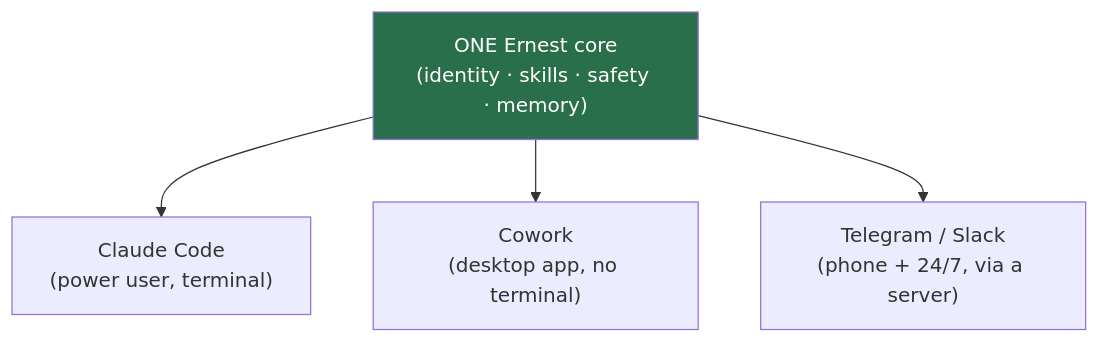
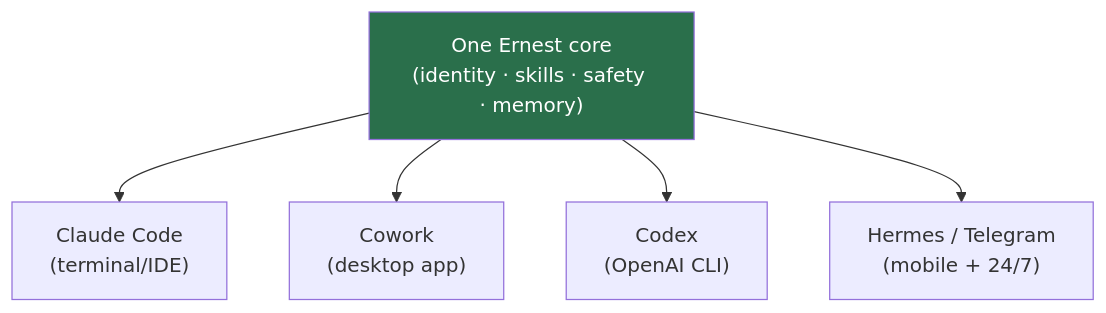
Before and after one commit to romaluev/ernest-cc: the third of 7 diagrams in docs/guidebook.md, drawn with Mermaid. The commit also changed other lines of this file and 6 other files, not shown here.

````diff
--- a/docs/guidebook.md
+++ b/docs/guidebook.md
@@ -79,9 +78,10 @@
 ```mermaid
 flowchart TB
-    core["ONE Ernest core<br/>(identity · skills · safety · memory)"]
-    core --> cc["Claude Code<br/>(power user, terminal)"]
-    core --> cw["Cowork<br/>(desktop app, no terminal)"]
-    core --> tg["Telegram / Slack<br/>(phone + 24/7, via a server)"]
+    core["One Ernest core<br/>(identity · skills · safety · memory)"]
+    core --> cc["Claude Code<br/>(terminal/IDE)"]
+    core --> cw["Cowork<br/>(desktop app)"]
+    core --> cx["Codex<br/>(OpenAI CLI)"]
+    core --> tg["Hermes / Telegram<br/>(mobile + 24/7)"]
     classDef c fill:#2a6f4b,color:#fff
     class core c
 ```
````
